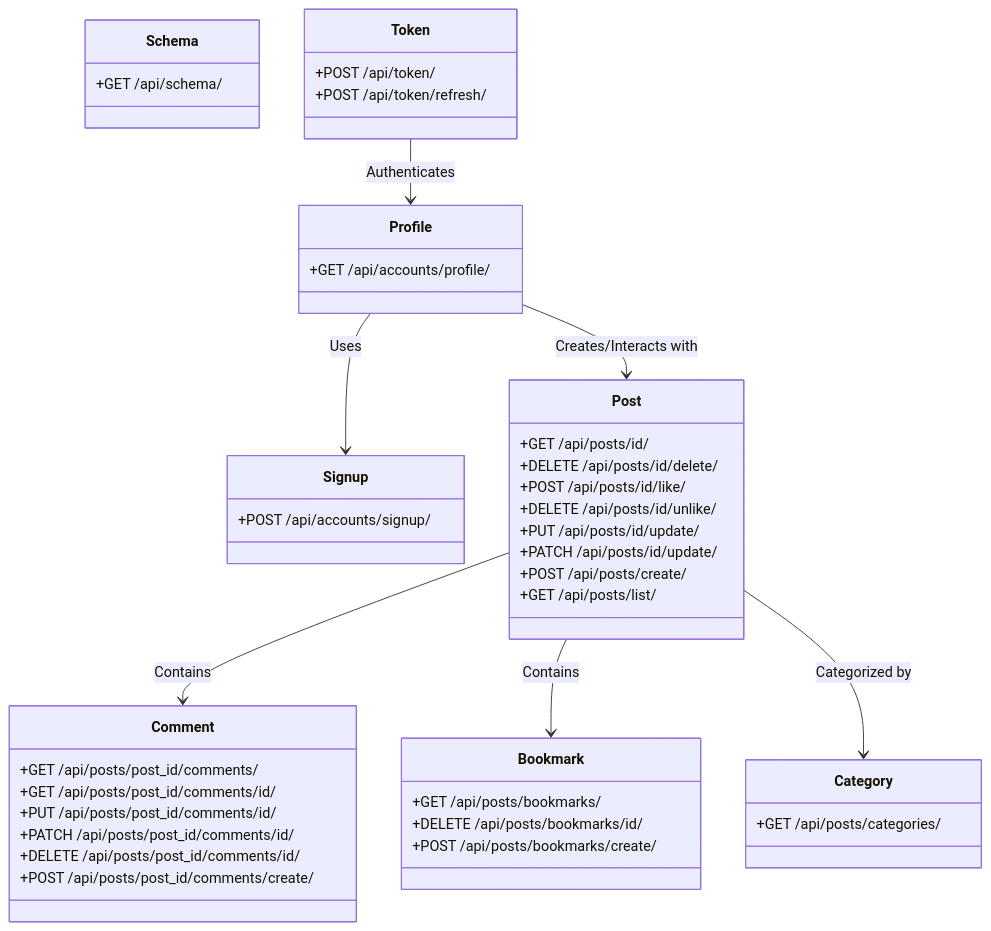
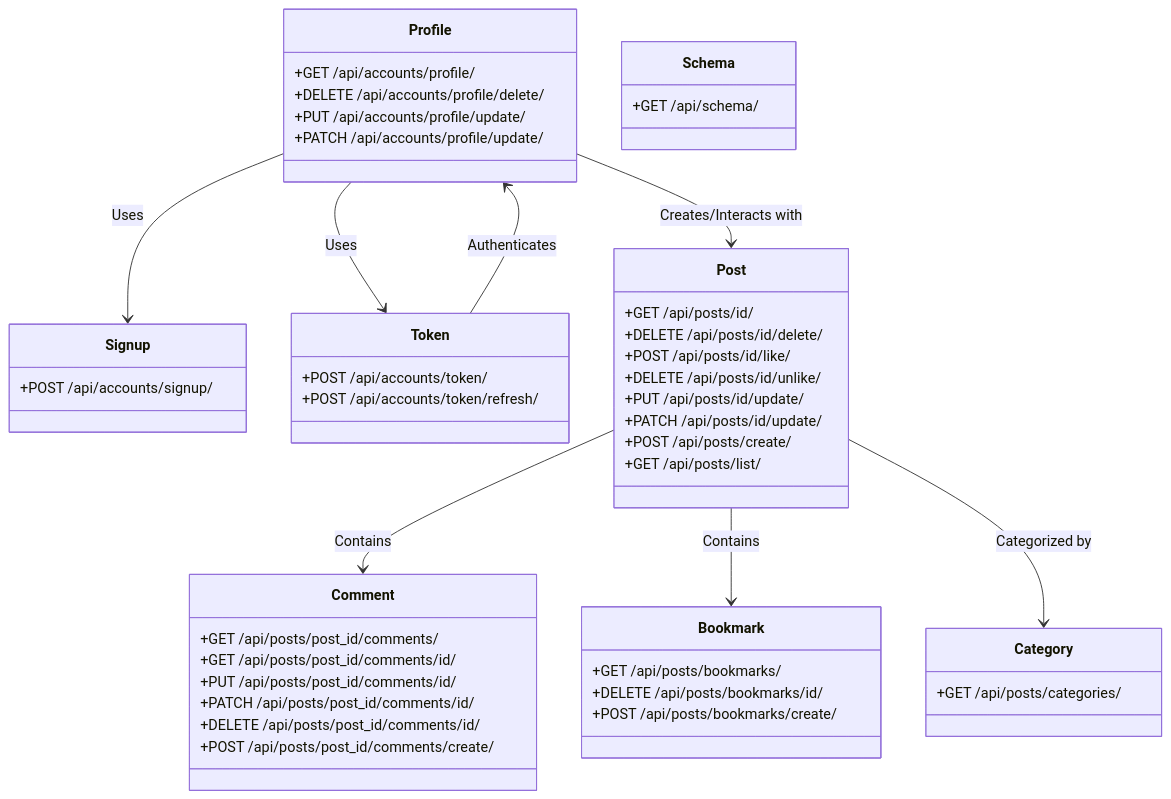
Before and after one commit to AI-Inventory-Forecasting-Team/ai-inventory-forecasting: the first of 3 diagrams in README.md, drawn with Mermaid.

````diff
--- a/README.md
+++ b/README.md
@@ -140,58 +140,62 @@
 ```mermaid
 classDiagram
   class Profile {
     +GET /api/accounts/profile/
+    +DELETE /api/accounts/profile/delete/
+    +PUT /api/accounts/profile/update/
+    +PATCH /api/accounts/profile/update/
   }
 
   class Signup {
     +POST /api/accounts/signup/
+  }
+
+  class Token {
+    +POST /api/accounts/token/
+    +POST /api/accounts/token/refresh/
   }
 
   class Post {
     +GET /api/posts/id/
     +DELETE /api/posts/id/delete/
     +POST /api/posts/id/like/
     +DELETE /api/posts/id/unlike/
     +PUT /api/posts/id/update/
     +PATCH /api/posts/id/update/
     +POST /api/posts/create/
     +GET /api/posts/list/
   }
 
-  class Comment {
-    +GET /api/posts/post_id/comments/
-    +GET /api/posts/post_id/comments/id/
-    +PUT /api/posts/post_id/comments/id/
-    +PATCH /api/posts/post_id/comments/id/
-    +DELETE /api/posts/post_id/comments/id/
-    +POST /api/posts/post_id/comments/create/
-  }
-
   class Bookmark {
     +GET /api/posts/bookmarks/
     +DELETE /api/posts/bookmarks/id/
     +POST /api/posts/bookmarks/create/
   }
 
   class Category {
     +GET /api/posts/categories/
   }
 
+  class Comment {
+    +GET /api/posts/post_id/comments/
+    +GET /api/posts/post_id/comments/id/
+    +PUT /api/posts/post_id/comments/id/
+    +PATCH /api/posts/post_id/comments/id/
+    +DELETE /api/posts/post_id/comments/id/
+    +POST /api/posts/post_id/comments/create/
+  }
+
   class Schema {
     +GET /api/schema/
   }
 
-  class Token {
-    +POST /api/token/
-    +POST /api/token/refresh/
-  }
-
   Profile --> Signup : Uses
+  Profile --> Token : Uses
   Post --> Comment : Contains
   Post --> Bookmark : Contains
   Post --> Category : Categorized by
   Profile --> Post : Creates/Interacts with
   Token --> Profile : Authenticates
 
 
 ```
````
